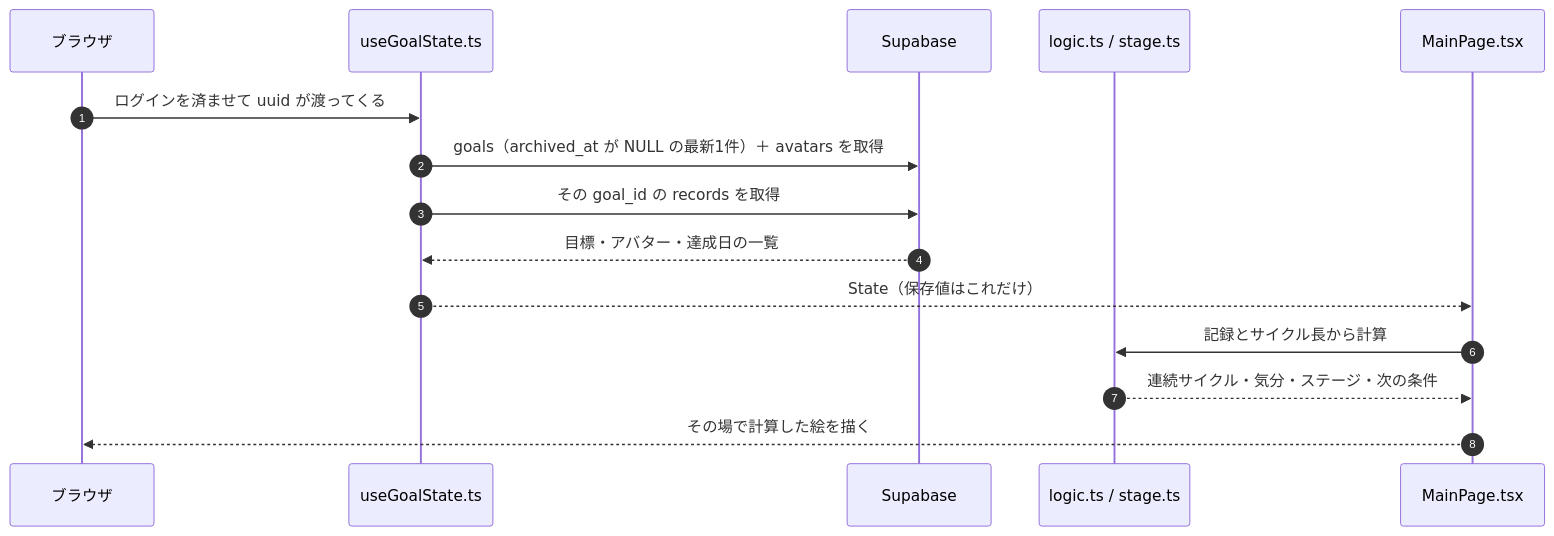
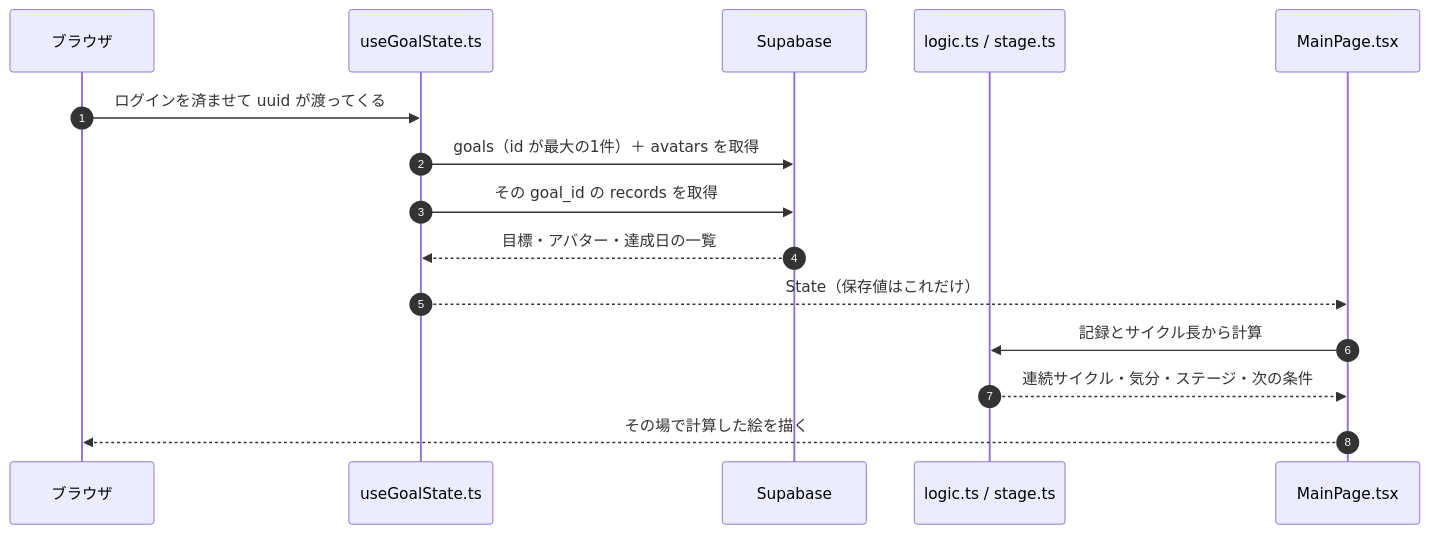
Before and after one commit to kuramochi703/keep-motivation-app: the fifth of 6 diagrams in ARCHITECTURE.md, drawn with Mermaid. The commit also changed other lines of this file and 2 other files, not shown here.

````diff
--- a/ARCHITECTURE.md
+++ b/ARCHITECTURE.md
@@ -246,18 +246,18 @@
 ```mermaid
 sequenceDiagram
     autonumber
     participant B as ブラウザ
     participant G as useGoalState.ts
     participant S as Supabase
     participant L as logic.ts / stage.ts
     participant M as MainPage.tsx
 
     B->>G: ログインを済ませて uuid が渡ってくる
-    G->>S: goals（archived_at が NULL の最新1件）＋ avatars を取得
+    G->>S: goals（id が最大の1件）＋ avatars を取得
     G->>S: その goal_id の records を取得
     S-->>G: 目標・アバター・達成日の一覧
     G-->>M: State（保存値はこれだけ）
     M->>L: 記録とサイクル長から計算
     L-->>M: 連続サイクル・気分・ステージ・次の条件
     M-->>B: その場で計算した絵を描く
 ```
````
